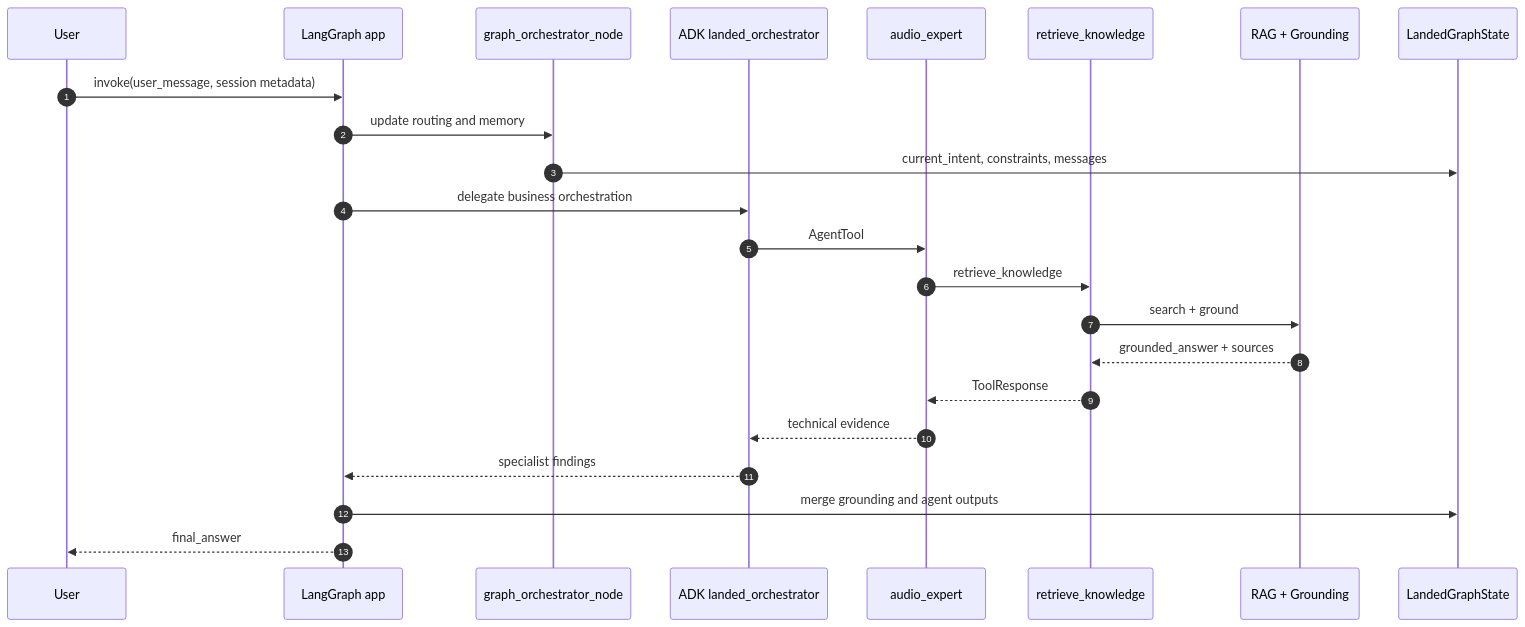
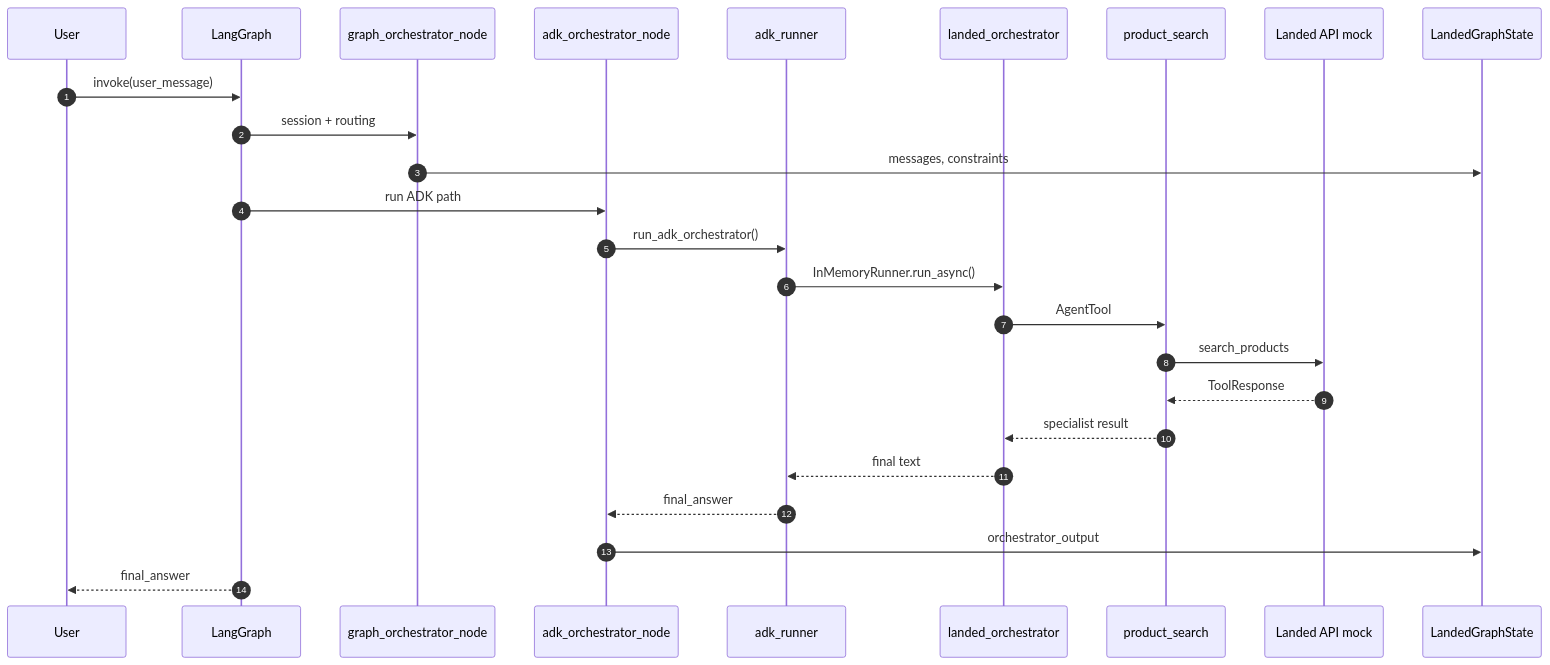
Before and after one commit to luisfm44/landed-agent: the fifth of 10 diagrams in docs/architecture-diagram.md, drawn with Mermaid. The commit also changed other lines of this file and 7 other files, not shown here.

First line of the commit message:
Wire LangGraph to ADK and refresh architecture documentation.

````diff
--- a/docs/architecture-diagram.md
+++ b/docs/architecture-diagram.md
@@ -101,28 +134,29 @@
 ```mermaid
 sequenceDiagram
     autonumber
     participant U as User
-    participant G as LangGraph app
+    participant G as LangGraph
     participant GO as graph_orchestrator_node
-    participant O as ADK landed_orchestrator
-    participant AE as audio_expert
-    participant RK as retrieve_knowledge
-    participant RAG as RAG + Grounding
+    participant AO as adk_orchestrator_node
+    participant R as adk_runner
+    participant O as landed_orchestrator
+    participant PS as product_search
+    participant API as Landed API mock
     participant ST as LandedGraphState
 
-    U->>G: invoke(user_message, session metadata)
-    G->>GO: update routing and memory
-    GO->>ST: current_intent, constraints, messages
+    U->>G: invoke(user_message)
+    G->>GO: session + routing
+    GO->>ST: messages, constraints
 
-    G->>O: delegate business orchestration
-    O->>AE: AgentTool
-    AE->>RK: retrieve_knowledge
-    RK->>RAG: search + ground
-    RAG-->>RK: grounded_answer + sources
-    RK-->>AE: ToolResponse
-    AE-->>O: technical evidence
-    O-->>G: specialist findings
-
-    G->>ST: merge grounding and agent outputs
+    G->>AO: run ADK path
+    AO->>R: run_adk_orchestrator()
+    R->>O: InMemoryRunner.run_async()
+    O->>PS: AgentTool
+    PS->>API: search_products
+    API-->>PS: ToolResponse
+    PS-->>O: specialist result
+    O-->>R: final text
+    R-->>AO: final_answer
+    AO->>ST: orchestrator_output
     G-->>U: final_answer
 ```
````
